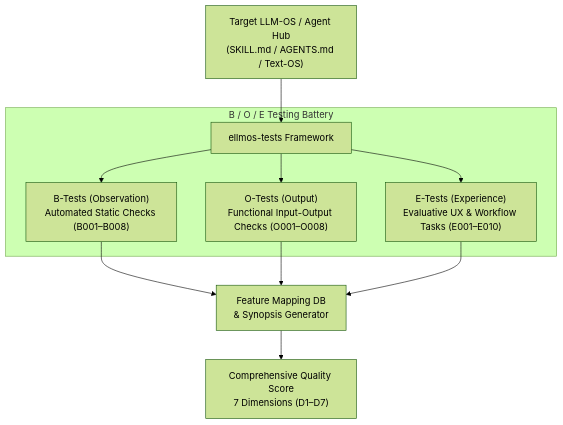
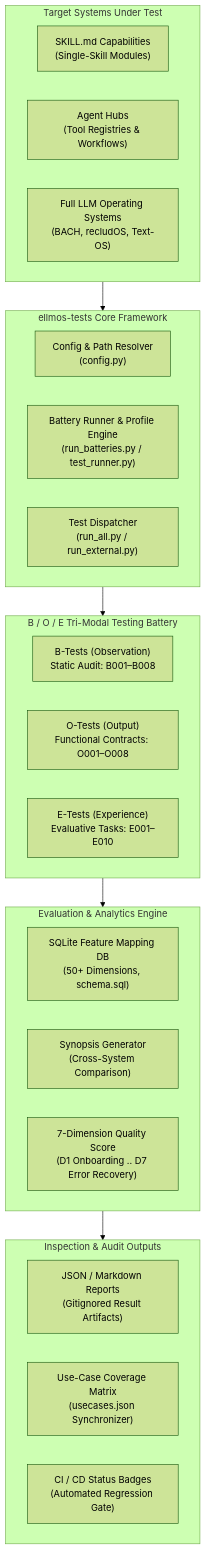
Before and after one commit to ellmos-ai/ellmos-tests: the first of 2 diagrams in README.md, drawn with Mermaid (forest theme). The commit also changed other lines of this file and 11 other files, not shown here.

First line of the commit message:
docs: enhance discoverability, bilingual architecture, badges and sequence diagrams (Path B)

````diff
--- a/README.md
+++ b/README.md
@@ -33,16 +124,37 @@
 ```mermaid
-graph TD
-    A["Target LLM-OS / Agent Hub<br/>(SKILL.md / AGENTS.md / Text-OS)"] --> B["ellmos-tests Framework"]
-
-    subgraph "B / O / E Testing Battery"
-        B --> B1["B-Tests (Observation)<br/>Automated Static Checks (B001–B008)"]
-        B --> B2["O-Tests (Output)<br/>Functional Input-Output Checks (O001–O008)"]
-        B --> B3["E-Tests (Experience)<br/>Evaluative UX & Workflow Tasks (E001–E010)"]
+flowchart TD
+    subgraph Target["Target Systems Under Test"]
+        T1["SKILL.md Capabilities<br/>(Single-Skill Modules)"]
+        T2["Agent Hubs<br/>(Tool Registries & Workflows)"]
+        T3["Full LLM Operating Systems<br/>(BACH, recludOS, Text-OS)"]
     end
 
-    B1 --> C["Feature Mapping DB<br/>& Synopsis Generator"]
-    B2 --> C
-    B3 --> C
+    subgraph Framework["ellmos-tests Core Framework"]
+        CF1["Config & Path Resolver<br/>(config.py)"]
+        CF2["Battery Runner & Profile Engine<br/>(run_batteries.py / test_runner.py)"]
+        CF3["Test Dispatcher<br/>(run_all.py / run_external.py)"]
+    end
 
-    C --> D["Comprehensive Quality Score<br/>7 Dimensions (D1–D7)"]
+    subgraph Battery["B / O / E Tri-Modal Testing Battery"]
+        B1["B-Tests (Observation)<br/>Static Audit: B001–B008"]
+        B2["O-Tests (Output)<br/>Functional Contracts: O001–O008"]
+        B3["E-Tests (Experience)<br/>Evaluative Tasks: E001–E010"]
+    end
+
+    subgraph Analytics["Evaluation & Analytics Engine"]
+        A1["SQLite Feature Mapping DB<br/>(50+ Dimensions, schema.sql)"]
+        A2["Synopsis Generator<br/>(Cross-System Comparison)"]
+        A3["7-Dimension Quality Score<br/>(D1 Onboarding .. D7 Error Recovery)"]
+    end
+
+    subgraph Outputs["Inspection & Audit Outputs"]
+        O1["JSON / Markdown Reports<br/>(Gitignored Result Artifacts)"]
+        O2["Use-Case Coverage Matrix<br/>(usecases.json Synchronizer)"]
+        O3["CI / CD Status Badges<br/>(Automated Regression Gate)"]
+    end
+
+    Target --> Framework
+    Framework --> Battery
+    Battery --> Analytics
+    Analytics --> Outputs
 ```
````
